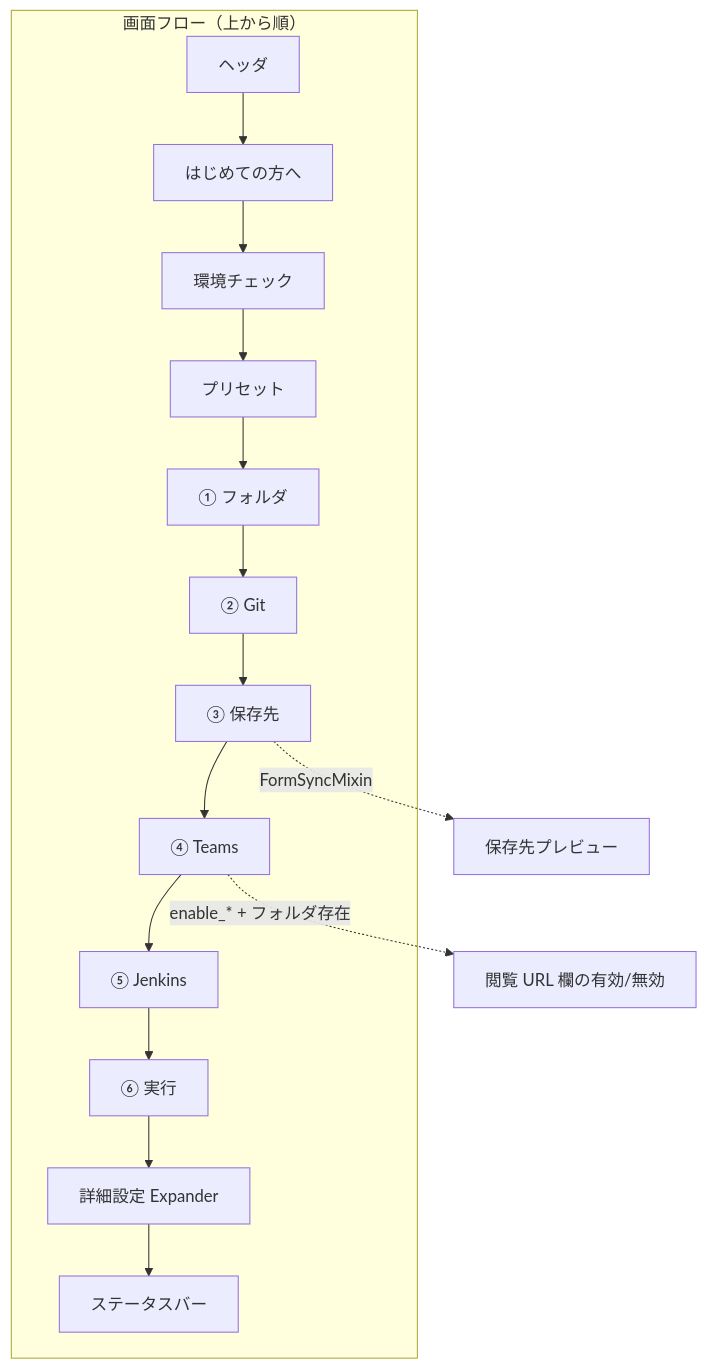
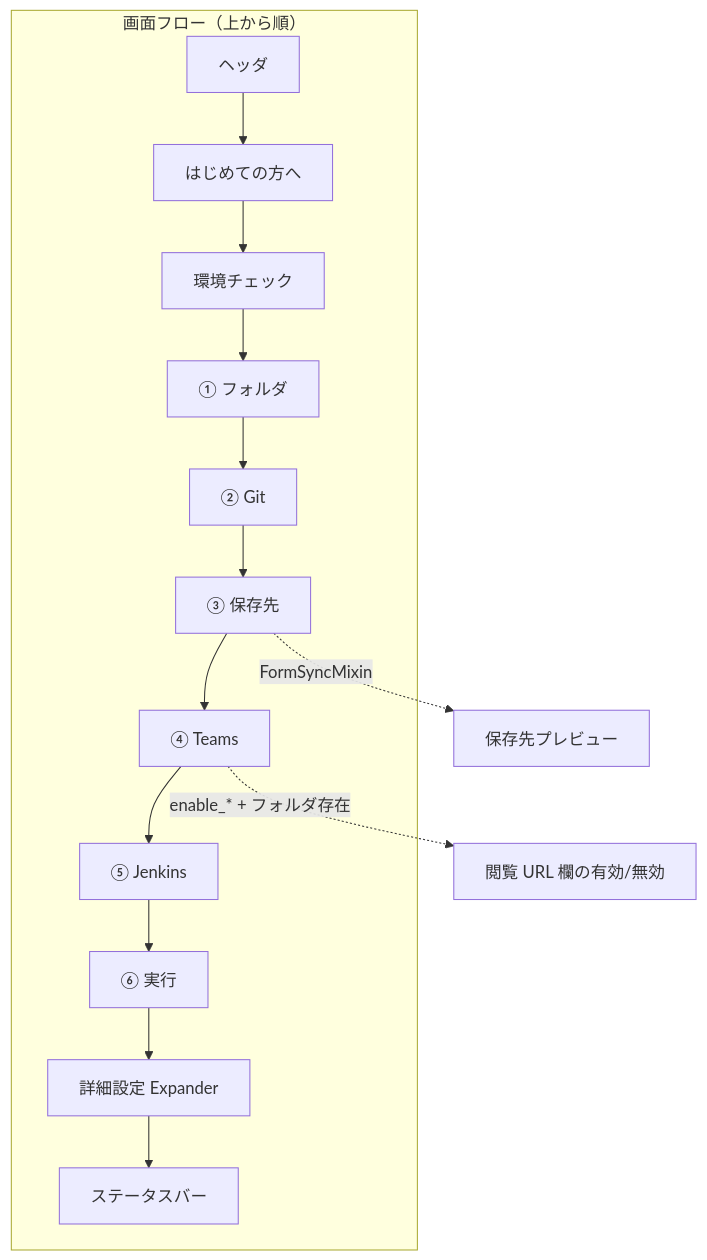
The sixth of 12 diagrams in docs/DESIGN.md (gt-ynakamatsu/ci-setup-tool), drawn with Mermaid before and after one commit. The commit also changed other lines of this file and 52 other files, not shown here.

````diff
--- a/docs/DESIGN.md
+++ b/docs/DESIGN.md
@@ -801,22 +772,21 @@
 ```mermaid
 flowchart TB
     subgraph Screen["画面フロー（上から順）"]
         H["ヘッダ"]
         B["はじめての方へ"]
         E["環境チェック"]
-        P["プリセット"]
         S1["① フォルダ"]
         S2["② Git"]
         S3["③ 保存先"]
         S4["④ Teams"]
         S5["⑤ Jenkins"]
         S6["⑥ 実行"]
         X["詳細設定 Expander"]
         SB["ステータスバー"]
     end
 
-    H --> B --> E --> P --> S1 --> S2 --> S3 --> S4 --> S5 --> S6 --> X --> SB
+    H --> B --> E --> S1 --> S2 --> S3 --> S4 --> S5 --> S6 --> X --> SB
 
     S3 -.->|FormSyncMixin| PV["保存先プレビュー"]
     S4 -.->|enable_* + フォルダ存在| URL["閲覧 URL 欄の有効/無効"]
 ```
````
